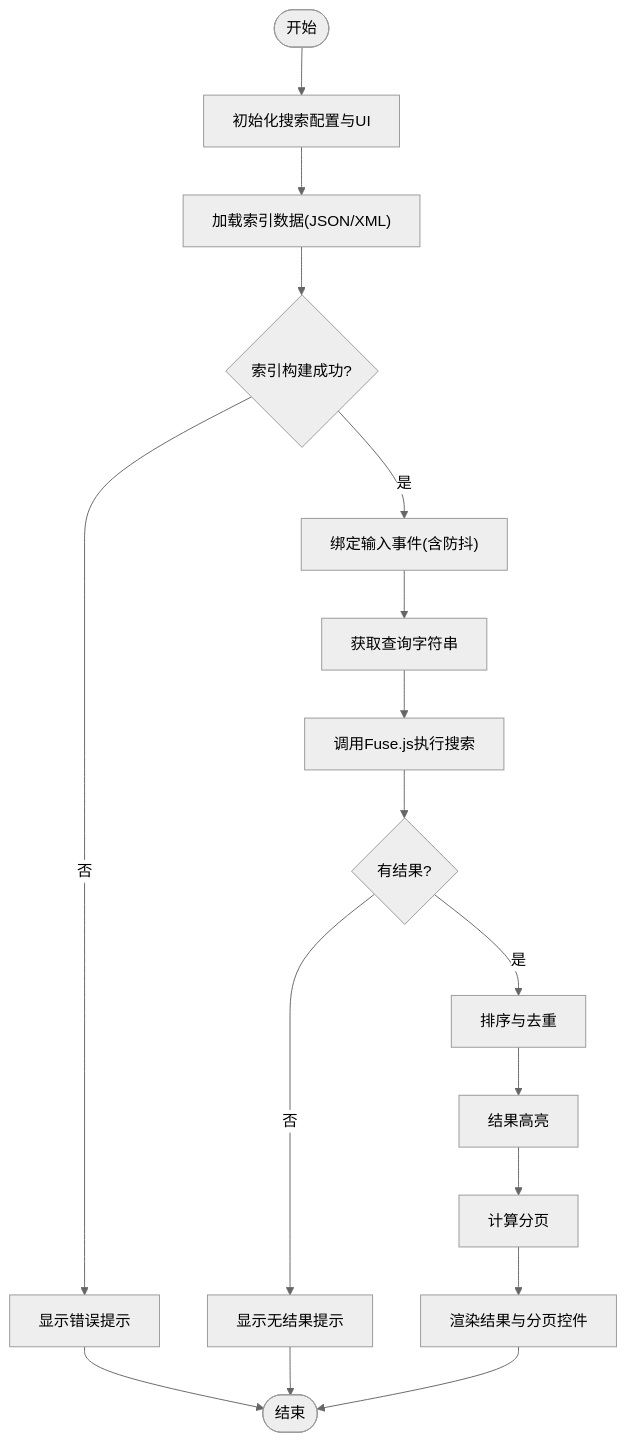
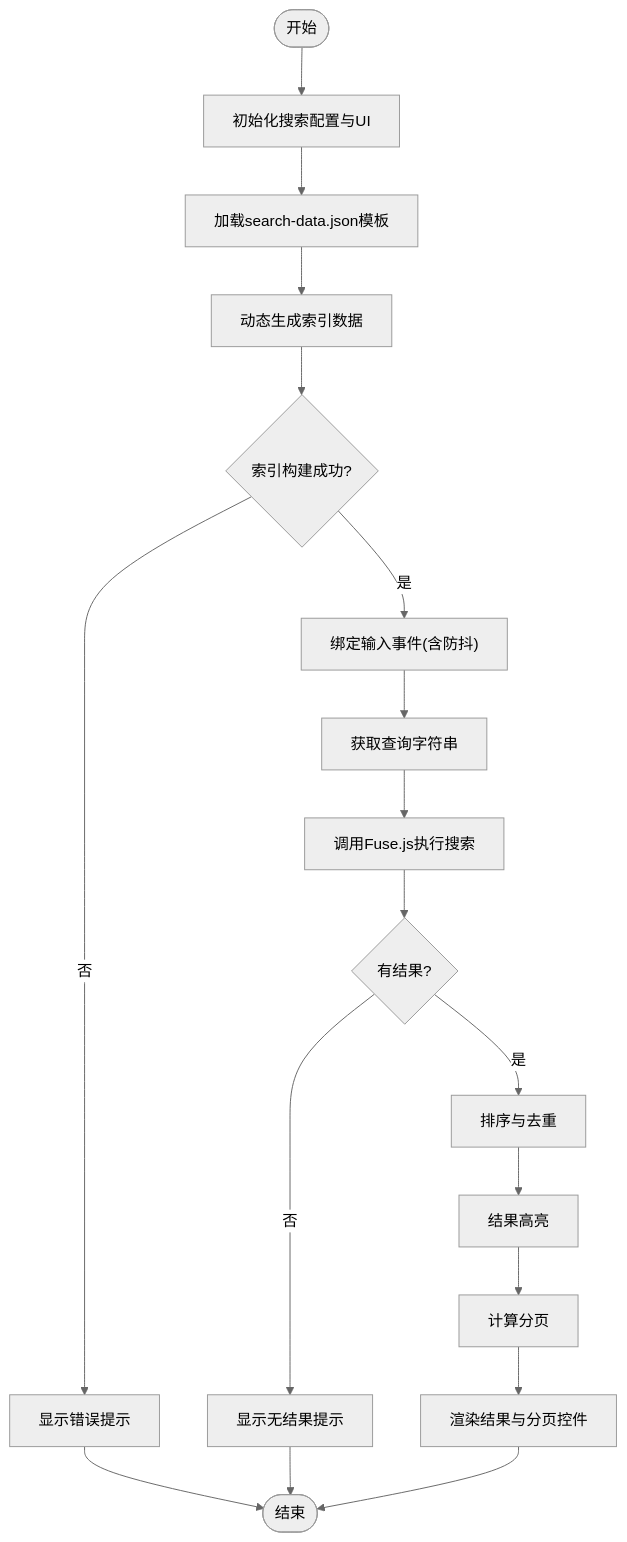
One commit to nianjiang/nianjiang.github.io changed the third of 4 diagrams in .qoder/repowiki/zh/content/高级功能/全文搜索功能.md. Above: the diagram before and after it, drawn with Mermaid (neutral theme). The commit also changed other lines of this file and 176 other files, not shown here.

````diff
--- a/.qoder/repowiki/zh/content/高级功能/全文搜索功能.md
+++ b/.qoder/repowiki/zh/content/高级功能/全文搜索功能.md
@@ -131,19 +143,20 @@
 ```mermaid
 flowchart TD
 Start(["开始"]) --> Init["初始化搜索配置与UI"]
-Init --> LoadIndex["加载索引数据(JSON/XML)"]
-LoadIndex --> BuildIndex{"索引构建成功?"}
+Init --> LoadTemplate["加载search-data.json模板"]
+LoadTemplate --> GenerateData["动态生成索引数据"]
+GenerateData --> BuildIndex{"索引构建成功?"}
 BuildIndex --> |否| ShowError["显示错误提示"]
 BuildIndex --> |是| BindEvents["绑定输入事件(含防抖)"]
 BindEvents --> OnInput["获取查询字符串"]
 OnInput --> Query["调用Fuse.js执行搜索"]
 Query --> Results{"有结果?"}
 Results --> |否| NoResult["显示无结果提示"]
 Results --> |是| Sort["排序与去重"]
 Sort --> Highlight["结果高亮"]
 Highlight --> Paginate["计算分页"]
 Paginate --> Render["渲染结果与分页控件"]
 Render --> End(["结束"])
 ShowError --> End
 NoResult --> End
 ```
````
